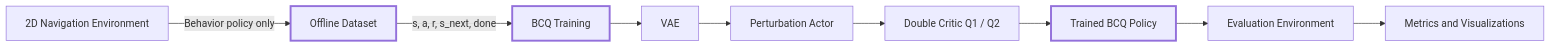
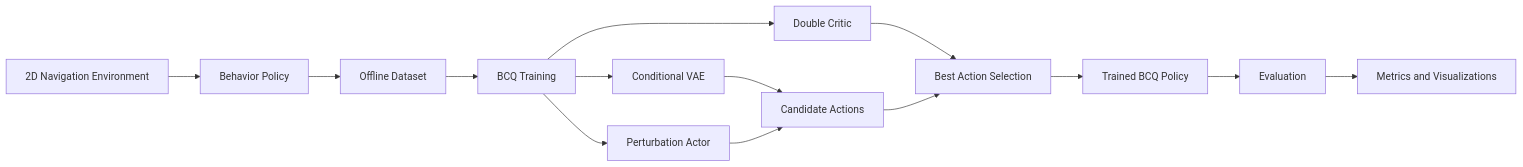
One commit to Andreyfdp/RL_Project changed the diagram in README.md. Above: the diagram before and after it, drawn with Mermaid. The commit also changed other lines of this file, not shown here.

````diff
--- a/README.md
+++ b/README.md
@@ -40,15 +30,19 @@
 ```mermaid
 flowchart LR
-    E[2D Navigation Environment] -->|Behavior policy only| D[Offline Dataset]
-    D -->|s, a, r, s_next, done| B[BCQ Training]
-    B --> V[VAE]
-    V --> P[Perturbation Actor]
-    P --> Q[Double Critic Q1 / Q2]
-    Q --> M[Trained BCQ Policy]
-    M --> X[Evaluation Environment]
-    X --> R[Metrics and Visualizations]
+    A[2D Navigation Environment] --> B[Behavior Policy]
+    B --> C[Offline Dataset]
+    C --> D[BCQ Training]
 
-    style D stroke-width:3px
-    style B stroke-width:3px
-    style M stroke-width:3px
+    D --> E[Conditional VAE]
+    D --> F[Perturbation Actor]
+    D --> G[Double Critic]
+
+    E --> H[Candidate Actions]
+    F --> H
+    G --> I[Best Action Selection]
+    H --> I
+
+    I --> J[Trained BCQ Policy]
+    J --> K[Evaluation]
+    K --> L[Metrics and Visualizations]
 ```
````
